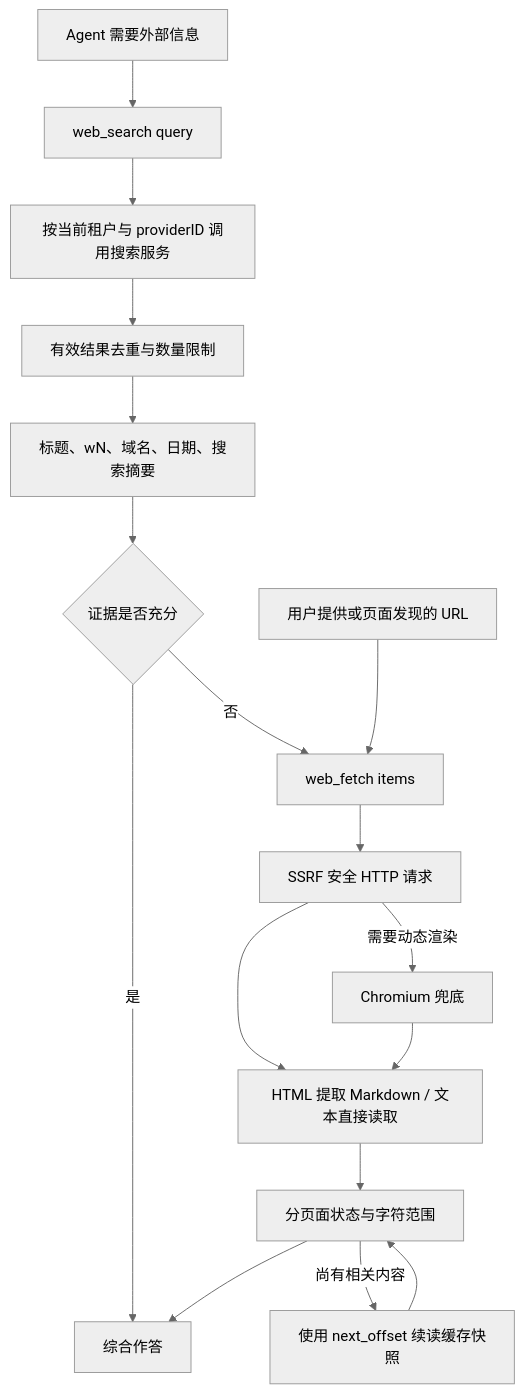
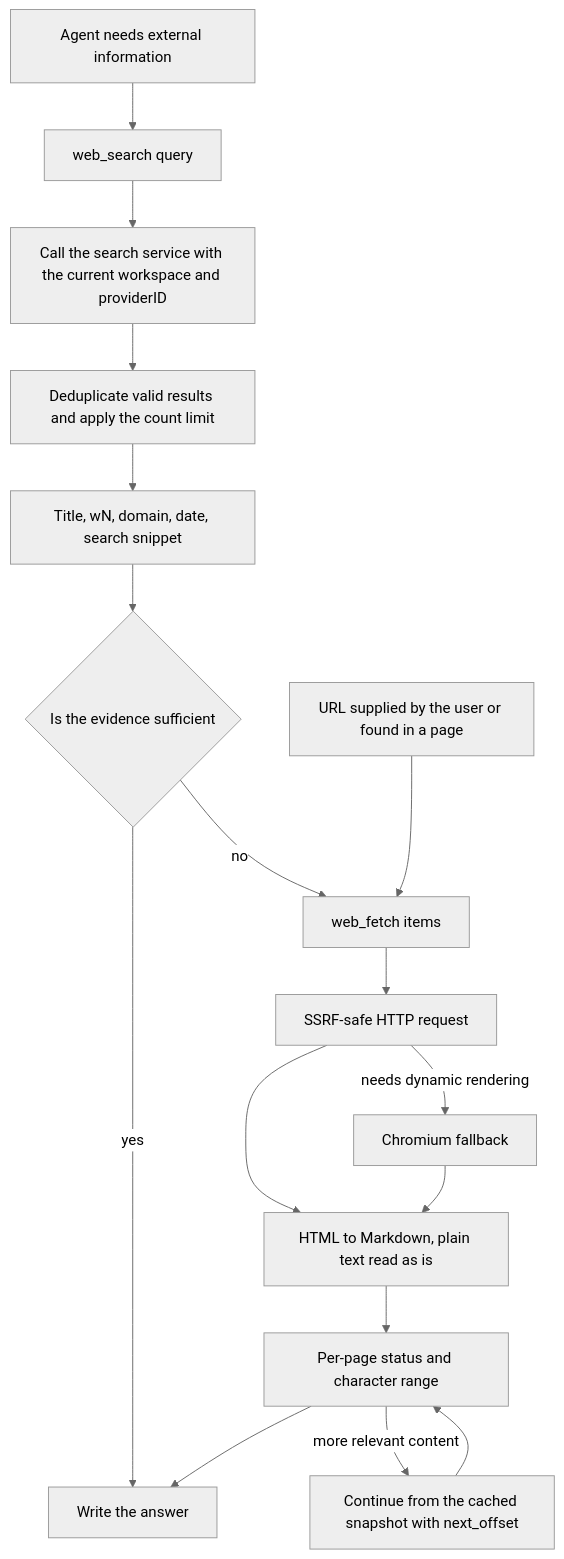
Before and after one commit to jrmatherly/ai-kb: the diagram in website-docs/03-features/11-web-search.md, drawn with Mermaid (neutral theme). The commit also changed other lines of this file and 5 other files, not shown here.

First line of the commit message:
docs(features): translate batch 3 (web search, IM integration, embed channel, Wiki, FAQ)

````diff
--- a/website-docs/03-features/11-web-search.md
+++ b/website-docs/03-features/11-web-search.md
@@ -76,19 +78,19 @@
 ```mermaid
 flowchart TD
-    A[Agent 需要外部信息] --> B[web_search query]
-    B --> C[按当前租户与 providerID 调用搜索服务]
-    C --> D[有效结果去重与数量限制]
-    D --> E[标题、wN、域名、日期、搜索摘要]
-    E --> F{证据是否充分}
-    F -->|是| G[综合作答]
-    F -->|否| H[web_fetch items]
-    U[用户提供或页面发现的 URL] --> H
-    H --> I[SSRF 安全 HTTP 请求]
-    I --> J[HTML 提取 Markdown / 文本直接读取]
-    I -->|需要动态渲染| K[Chromium 兜底]
+    A[Agent needs external information] --> B[web_search query]
+    B --> C[Call the search service with the current workspace and providerID]
+    C --> D[Deduplicate valid results and apply the count limit]
+    D --> E[Title, wN, domain, date, search snippet]
+    E --> F{Is the evidence sufficient}
+    F -->|yes| G[Write the answer]
+    F -->|no| H[web_fetch items]
+    U[URL supplied by the user or found in a page] --> H
+    H --> I[SSRF-safe HTTP request]
+    I --> J[HTML to Markdown, plain text read as is]
+    I -->|needs dynamic rendering| K[Chromium fallback]
     K --> J
-    J --> L[分页面状态与字符范围]
-    L -->|尚有相关内容| M[使用 next_offset 续读缓存快照]
+    J --> L[Per-page status and character range]
+    L -->|more relevant content| M[Continue from the cached snapshot with next_offset]
     M --> L
     L --> G
 ```
````
